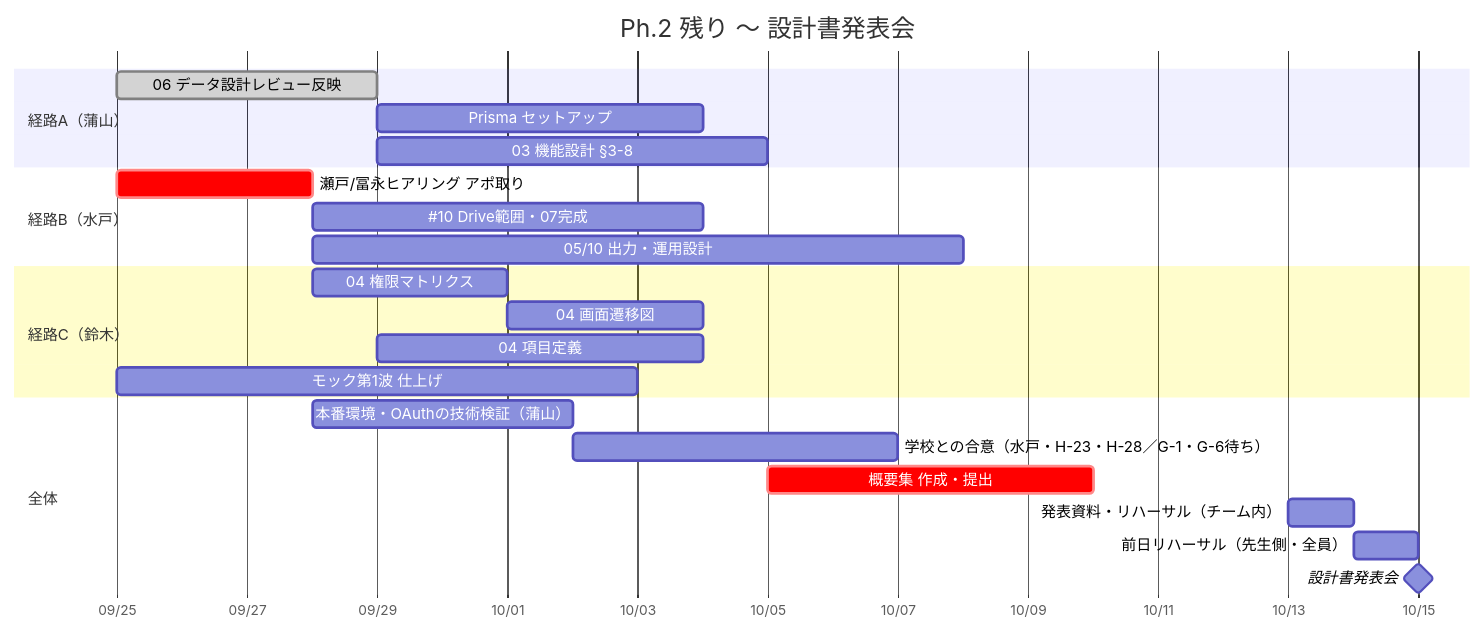
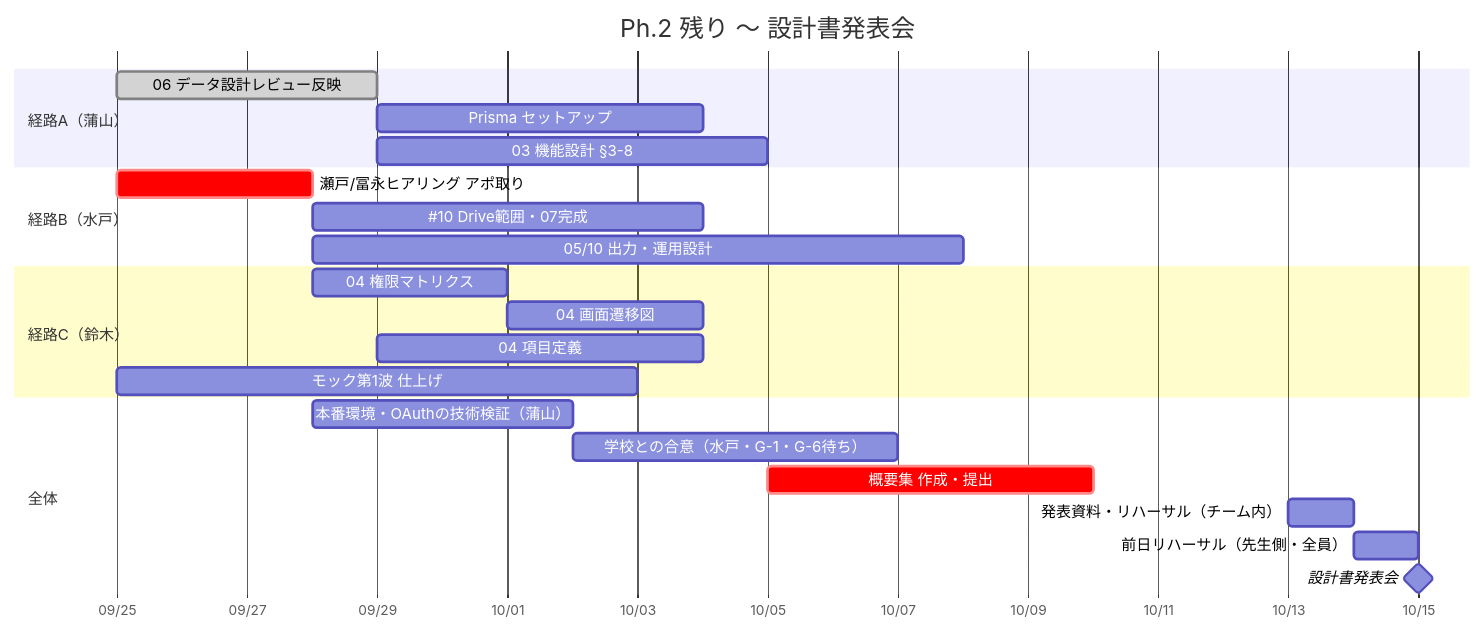
One commit to 250158hj-maker/yse_compass changed the first of 2 diagrams in pm/wbs.md. Above: the diagram before and after it, drawn with Mermaid. The commit also changed other lines of this file, not shown here.

````diff
--- a/pm/wbs.md
+++ b/pm/wbs.md
@@ -213,30 +213,30 @@
 ```mermaid
 gantt
     title Ph.2 残り 〜 設計書発表会
     dateFormat  YYYY-MM-DD
     axisFormat  %m/%d
 
     section 経路A（蒲山）
     06 データ設計レビュー反映      :done, a1, 2026-09-25, 4d
     Prisma セットアップ            :a2, after a1, 5d
     03 機能設計 §3-8               :a3, after a1, 6d
 
     section 経路B（水戸）
     瀬戸/冨永ヒアリング アポ取り    :crit, b1, 2026-09-25, 3d
     #10 Drive範囲・07完成          :b2, after b1, 6d
     05/10 出力・運用設計           :b3, after b1, 10d
 
     section 経路C（鈴木）
     04 権限マトリクス               :c1, 2026-09-28, 3d
     04 画面遷移図                   :c2, after c1, 3d
     04 項目定義                     :c3, after a1, 5d
     モック第1波 仕上げ              :c4, 2026-09-25, 8d
 
     section 全体
     本番環境・OAuthの技術検証（蒲山）    :d1a, 2026-09-28, 2026-10-02
-    学校との合意（水戸・H-23・H-28／G-1・G-6待ち）  :d1b, after d1a, 5d
+    学校との合意（水戸・G-1・G-6待ち）  :d1b, after d1a, 5d
     概要集 作成・提出               :crit, e2, 2026-10-05, 5d
     発表資料・リハーサル（チーム内）  :f1, 2026-10-13, 1d
     前日リハーサル（先生側・全員）    :f2, 2026-10-14, 1d
     設計書発表会                    :milestone, 2026-10-15, 0d
 ```
````
